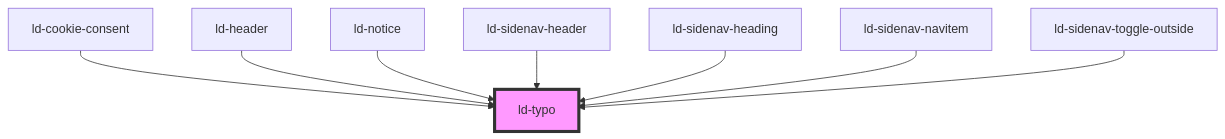
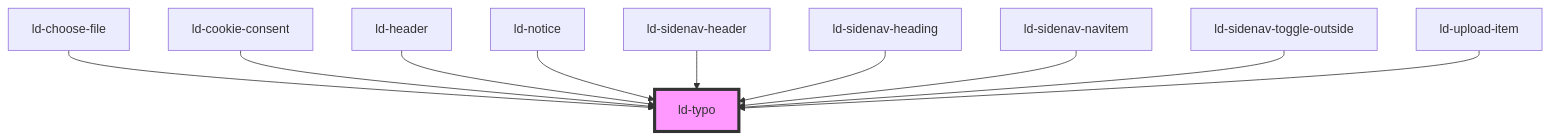
One commit to emdgroup-liquid/liquid changed the diagram in src/liquid/components/ld-typo/readme.md. Above: the diagram before and after it, drawn with Mermaid. The commit also changed other lines of this file and 21 other files, not shown here.

````diff
--- a/src/liquid/components/ld-typo/readme.md
+++ b/src/liquid/components/ld-typo/readme.md
@@ -596,11 +598,13 @@
 ```mermaid
 graph TD;
+  ld-choose-file --> ld-typo
   ld-cookie-consent --> ld-typo
   ld-header --> ld-typo
   ld-notice --> ld-typo
   ld-sidenav-header --> ld-typo
   ld-sidenav-heading --> ld-typo
   ld-sidenav-navitem --> ld-typo
   ld-sidenav-toggle-outside --> ld-typo
+  ld-upload-item --> ld-typo
   style ld-typo fill:#f9f,stroke:#333,stroke-width:4px
 ```
````
